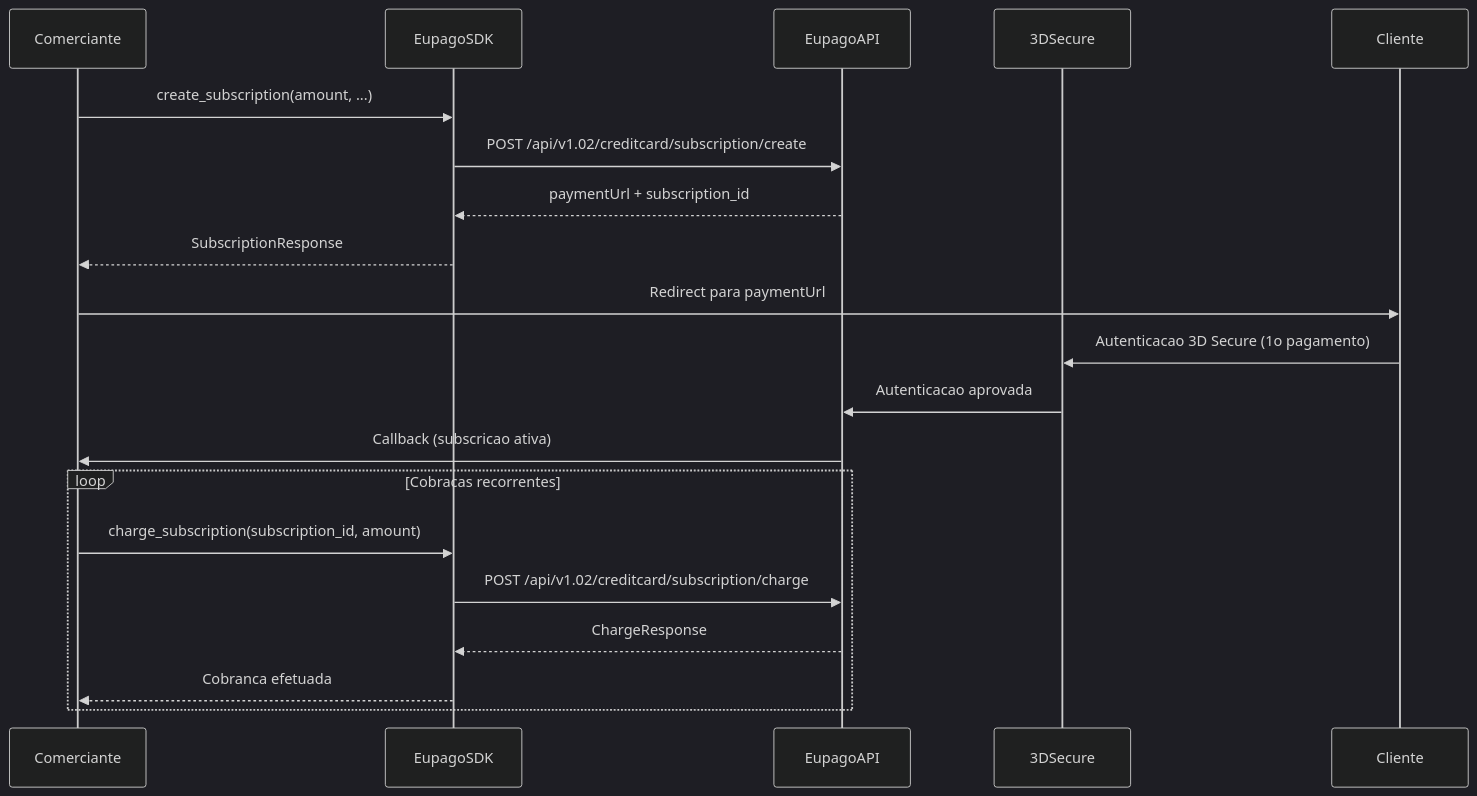
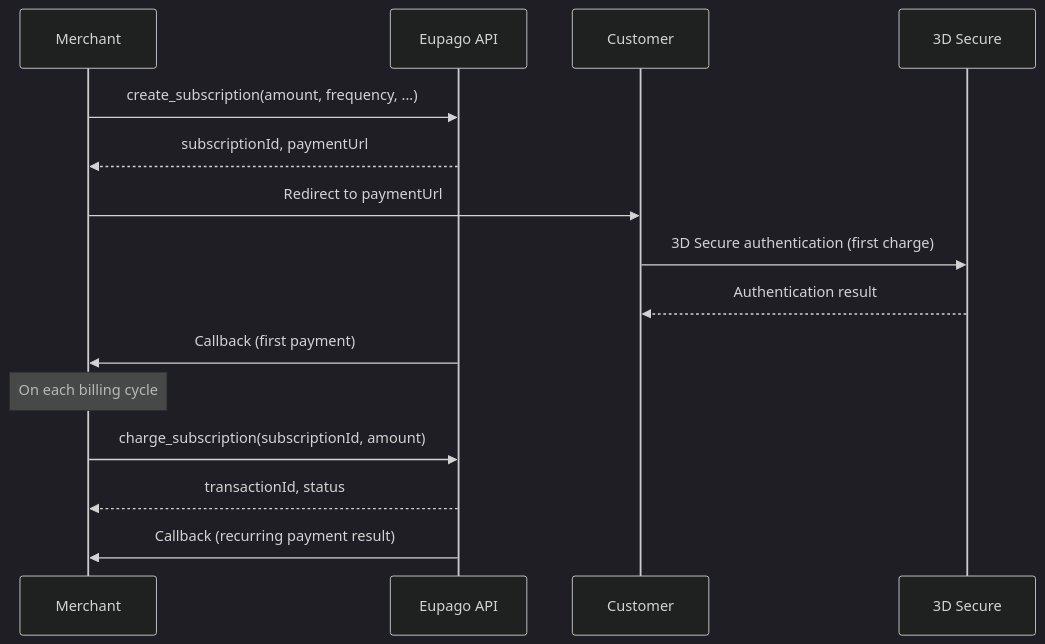
One commit to bilouro/eupago-python changed the third of 3 diagrams in docs/payments/credit-card.md. Above: the diagram before and after it, drawn with Mermaid (dark theme). The commit also changed other lines of this file and 50 other files, not shown here.

````diff
--- a/docs/payments/credit-card.md
+++ b/docs/payments/credit-card.md
@@ -70,25 +59,18 @@
 ```mermaid
 sequenceDiagram
-    participant Comerciante
-    participant EupagoSDK
-    participant EupagoAPI
-    participant 3DSecure
-    participant Cliente
+    participant Merchant
+    participant EupagoAPI as Eupago API
+    participant Customer
+    participant Bank as 3D Secure
 
-    Comerciante->>EupagoSDK: create_subscription(amount, ...)
-    EupagoSDK->>EupagoAPI: POST /api/v1.02/creditcard/subscription/create
-    EupagoAPI-->>EupagoSDK: paymentUrl + subscription_id
-    EupagoSDK-->>Comerciante: SubscriptionResponse
-
-    Comerciante->>Cliente: Redirect para paymentUrl
-    Cliente->>3DSecure: Autenticacao 3D Secure (1o pagamento)
-    3DSecure->>EupagoAPI: Autenticacao aprovada
-    EupagoAPI->>Comerciante: Callback (subscricao ativa)
-
-    loop Cobracas recorrentes
-        Comerciante->>EupagoSDK: charge_subscription(subscription_id, amount)
-        EupagoSDK->>EupagoAPI: POST /api/v1.02/creditcard/subscription/charge
-        EupagoAPI-->>EupagoSDK: ChargeResponse
-        EupagoSDK-->>Comerciante: Cobranca efetuada
-    end
+    Merchant->>EupagoAPI: create_subscription(amount, frequency, ...)
+    EupagoAPI-->>Merchant: subscriptionId, paymentUrl
+    Merchant->>Customer: Redirect to paymentUrl
+    Customer->>Bank: 3D Secure authentication (first charge)
+    Bank-->>Customer: Authentication result
+    EupagoAPI->>Merchant: Callback (first payment)
+    Note over Merchant: On each billing cycle
+    Merchant->>EupagoAPI: charge_subscription(subscriptionId, amount)
+    EupagoAPI-->>Merchant: transactionId, status
+    EupagoAPI->>Merchant: Callback (recurring payment result)
 ```
````
